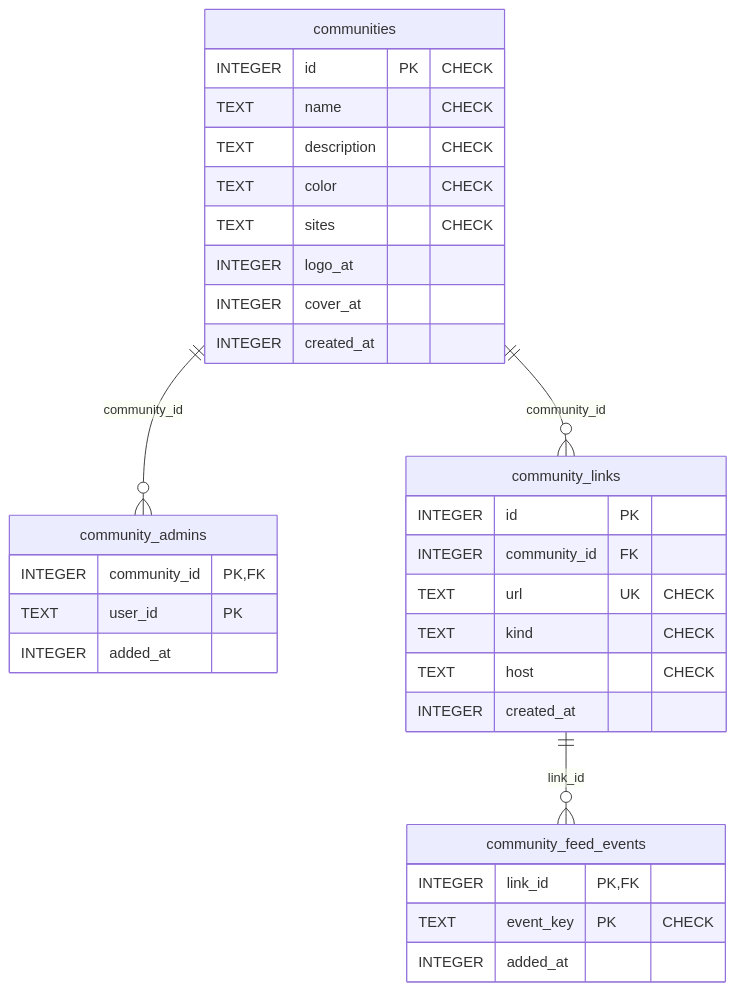
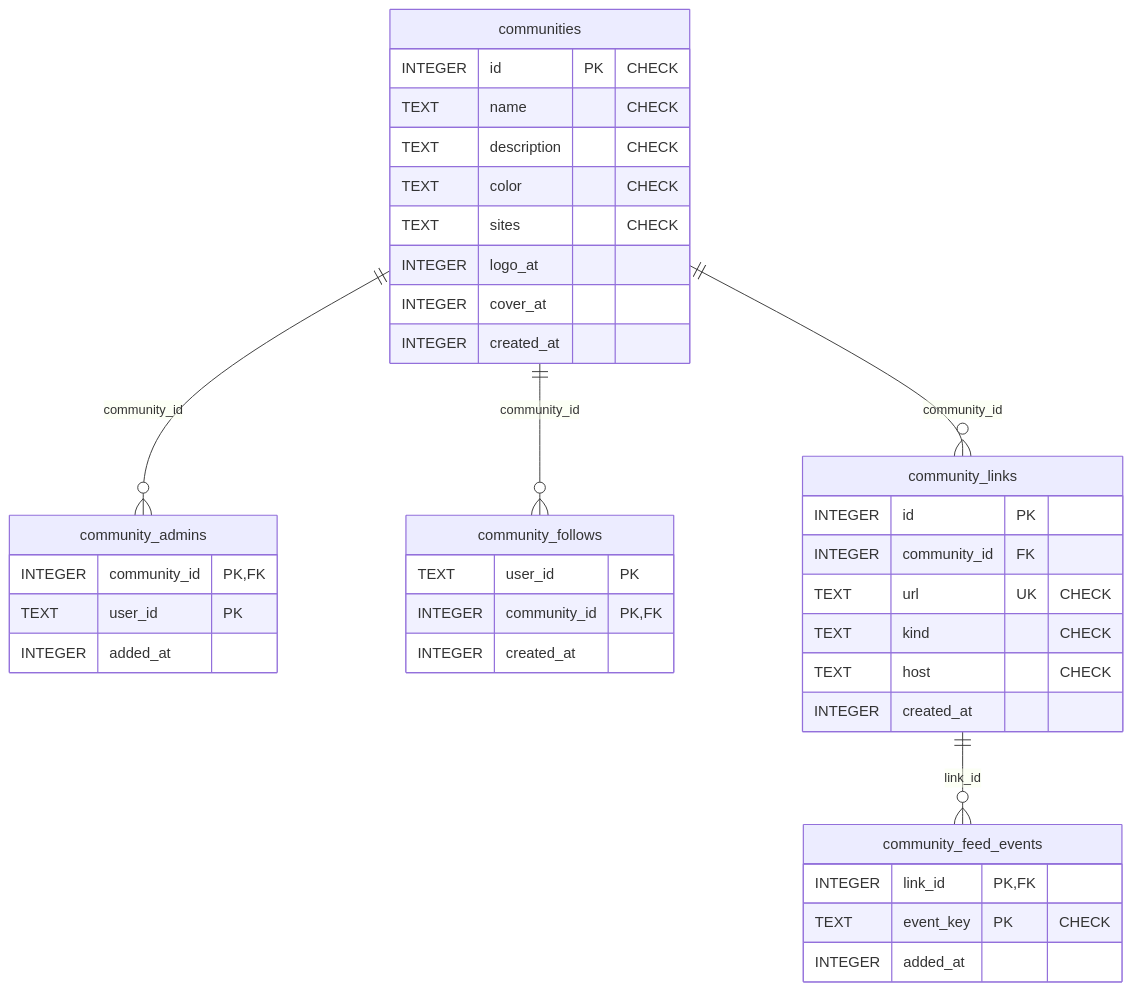
One commit to piconic-ai/slide changed the ninth of 10 diagrams in docs/dev/er-diagram.md. Above: the diagram before and after it, drawn with Mermaid. The commit also changed other lines of this file and 21 other files, not shown here.

````diff
--- a/docs/dev/er-diagram.md
+++ b/docs/dev/er-diagram.md
@@ -451,34 +453,40 @@
 ```mermaid
 erDiagram
     communities {
         INTEGER id PK "CHECK"
         TEXT name "CHECK"
         TEXT description "CHECK"
         TEXT color "CHECK"
         TEXT sites "CHECK"
         INTEGER logo_at
         INTEGER cover_at
         INTEGER created_at
     }
     community_admins {
         INTEGER community_id PK, FK
         TEXT user_id PK
         INTEGER added_at
     }
     community_feed_events {
         INTEGER link_id PK, FK
         TEXT event_key PK "CHECK"
         INTEGER added_at
     }
+    community_follows {
+        TEXT user_id PK
+        INTEGER community_id PK, FK
+        INTEGER created_at
+    }
     community_links {
         INTEGER id PK
         INTEGER community_id FK
         TEXT url UK "CHECK"
         TEXT kind "CHECK"
         TEXT host "CHECK"
         INTEGER created_at
     }
     communities ||--o{ community_admins : "community_id"
     community_links ||--o{ community_feed_events : "link_id"
+    communities ||--o{ community_follows : "community_id"
     communities ||--o{ community_links : "community_id"
 ```
````
